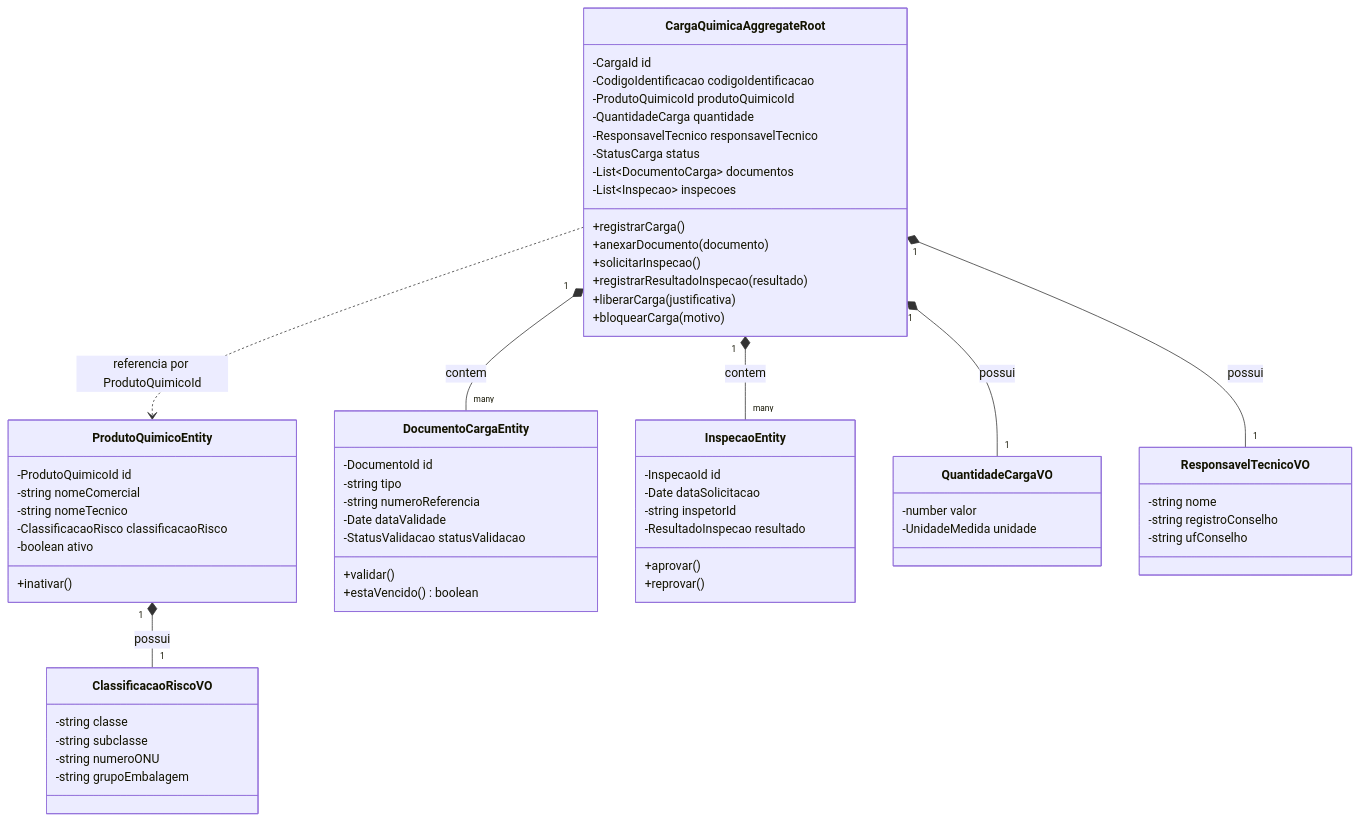
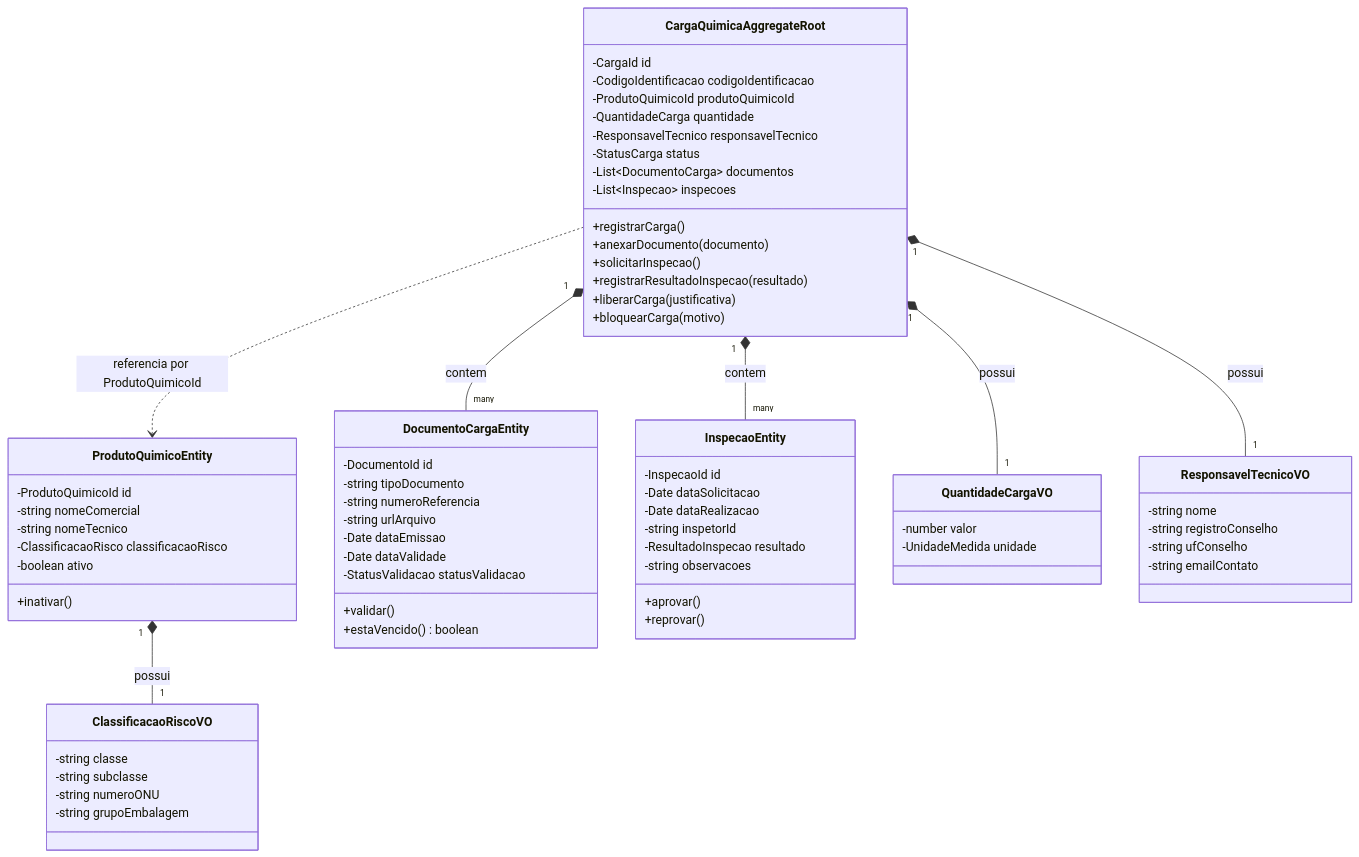
Before and after one commit to gabrixlzdev/QuimiPort: the first of 2 diagrams in docs/2_modelagem_DDD.md, drawn with Mermaid. The commit also changed other lines of this file, not shown here.

````diff
--- a/docs/2_modelagem_DDD.md
+++ b/docs/2_modelagem_DDD.md
@@ -7,72 +22,77 @@
 ```mermaid
 classDiagram
     class CargaQuimicaAggregateRoot {
         -CargaId id
         -CodigoIdentificacao codigoIdentificacao
         -ProdutoQuimicoId produtoQuimicoId
         -QuantidadeCarga quantidade
         -ResponsavelTecnico responsavelTecnico
         -StatusCarga status
         -List~DocumentoCarga~ documentos
         -List~Inspecao~ inspecoes
         +registrarCarga()
         +anexarDocumento(documento)
         +solicitarInspecao()
         +registrarResultadoInspecao(resultado)
         +liberarCarga(justificativa)
         +bloquearCarga(motivo)
     }
 
     class ProdutoQuimicoEntity {
         -ProdutoQuimicoId id
         -string nomeComercial
         -string nomeTecnico
         -ClassificacaoRisco classificacaoRisco
         -boolean ativo
         +inativar()
     }
 
     class DocumentoCargaEntity {
         -DocumentoId id
-        -string tipo
+        -string tipoDocumento
         -string numeroReferencia
+        -string urlArquivo
+        -Date dataEmissao
         -Date dataValidade
         -StatusValidacao statusValidacao
         +validar()
         +estaVencido() boolean
     }
 
     class InspecaoEntity {
         -InspecaoId id
         -Date dataSolicitacao
+        -Date dataRealizacao
         -string inspetorId
         -ResultadoInspecao resultado
+        -string observacoes
         +aprovar()
         +reprovar()
     }
 
     class ClassificacaoRiscoVO {
         -string classe
         -string subclasse
         -string numeroONU
         -string grupoEmbalagem
     }
 
     class QuantidadeCargaVO {
         -number valor
         -UnidadeMedida unidade
     }
 
     class ResponsavelTecnicoVO {
         -string nome
         -string registroConselho
         -string ufConselho
+        -string emailContato
     }
 
     CargaQuimicaAggregateRoot "1" *-- "many" DocumentoCargaEntity : contem
     CargaQuimicaAggregateRoot "1" *-- "many" InspecaoEntity : contem
     CargaQuimicaAggregateRoot "1" *-- "1" QuantidadeCargaVO : possui
     CargaQuimicaAggregateRoot "1" *-- "1" ResponsavelTecnicoVO : possui
     CargaQuimicaAggregateRoot ..> ProdutoQuimicoEntity : referencia por ProdutoQuimicoId
     ProdutoQuimicoEntity "1" *-- "1" ClassificacaoRiscoVO : possui
 ```
````
